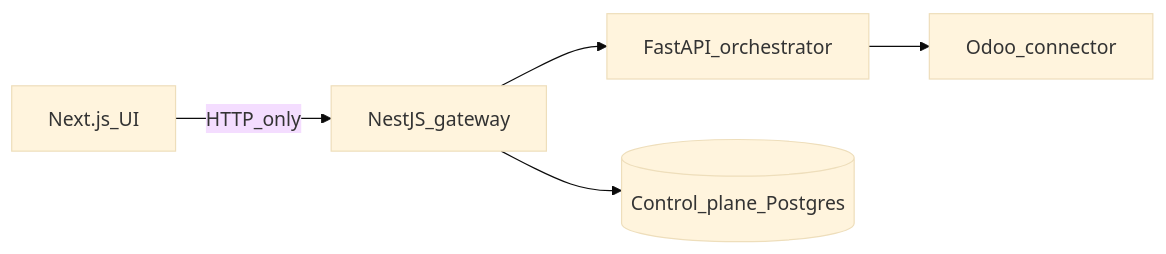
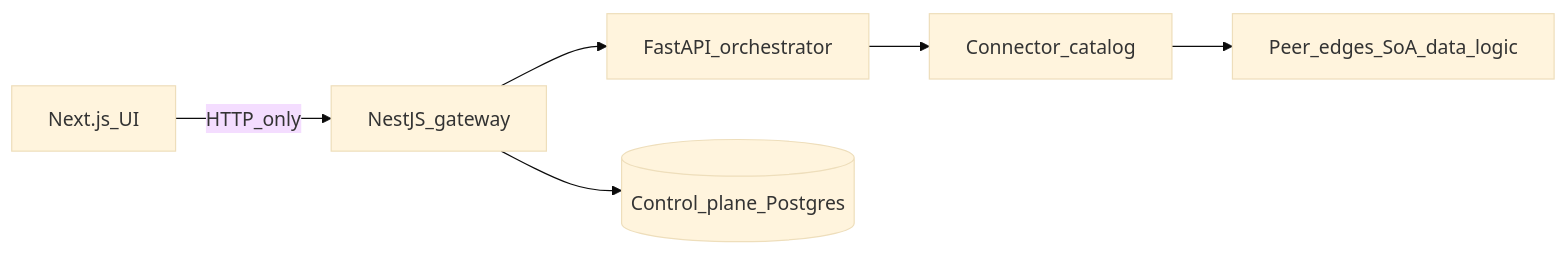
One commit to llanesleonardo/controlPanelErpOdoo changed the diagram in docs/System_Design/Subsystem/SAC-001/TSD.md. Above: the diagram before and after it, drawn with Mermaid (base theme). The commit also changed other lines of this file and 431 other files, not shown here.

````diff
--- a/docs/System_Design/Subsystem/SAC-001/TSD.md
+++ b/docs/System_Design/Subsystem/SAC-001/TSD.md
@@ -9,12 +10,14 @@
 ```mermaid
 flowchart LR
   Web[Next.js_UI]
   Gw[NestJS_gateway]
   Orch[FastAPI_orchestrator]
   PG[(Control_plane_Postgres)]
-  Odoo[Odoo_connector]
+  Cat[Connector_catalog]
+  Edges[Peer_edges_SoA_data_logic]
   Web -->|HTTP_only| Gw
   Gw --> Orch
   Gw --> PG
-  Orch --> Odoo
+  Orch --> Cat
+  Cat --> Edges
 ```
````
